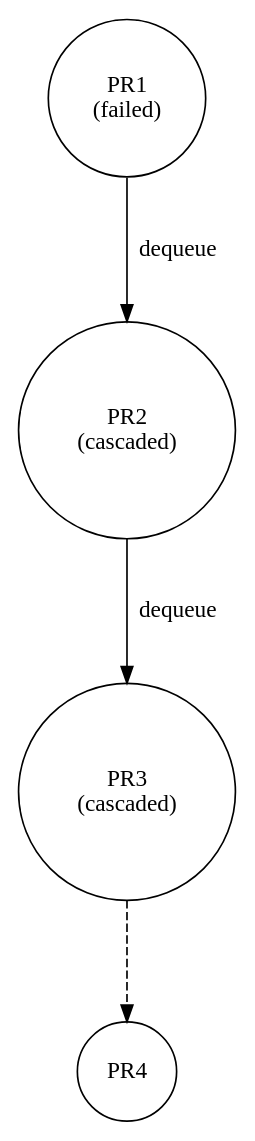
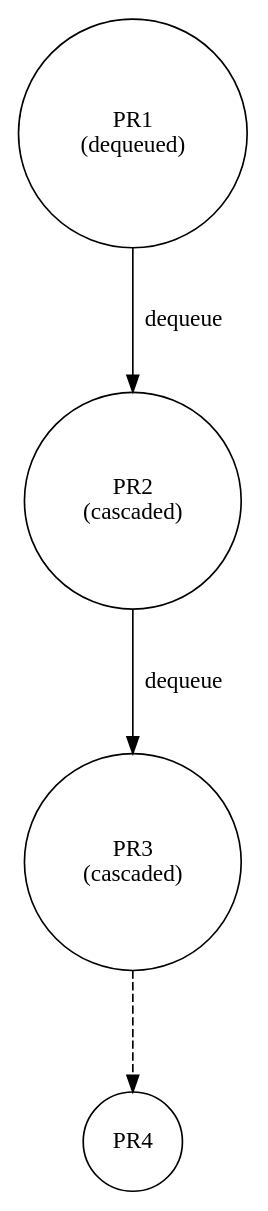
One commit to Mergifyio/docs changed the third of 3 diagrams in src/content/docs/merge-queue/stacks.mdx. Above: the diagram before and after it, drawn with Graphviz. The commit also changed other lines of this file, not shown here.

````diff
--- a/src/content/docs/merge-queue/stacks.mdx
+++ b/src/content/docs/merge-queue/stacks.mdx
@@ -204,16 +206,16 @@
 ```dot class="queue"
 digraph {
   ranksep=1.0;
   // Not fixedsize: these labels are two lines, so let the circle grow to them.
   node [shape=circle];
 
-  PR1 [label="PR1\n(failed)", class="failed"];
+  PR1 [label="PR1\n(dequeued)", class="failed"];
   PR2 [label="PR2\n(cascaded)", class="muted"];
   PR3 [label="PR3\n(cascaded)", class="muted"];
   PR4 [class="queued"];
 
   PR1 -> PR2 [label="dequeue", class="failed"];
   PR2 -> PR3 [label="dequeue", class="failed"];
   PR3 -> PR4 [style=dashed, class="muted"];
 }
 ```
````
